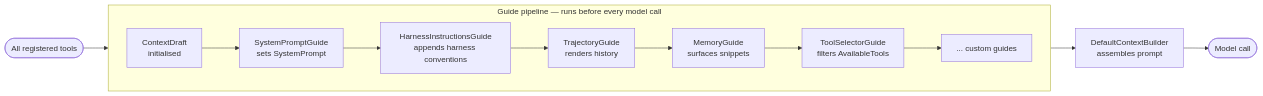
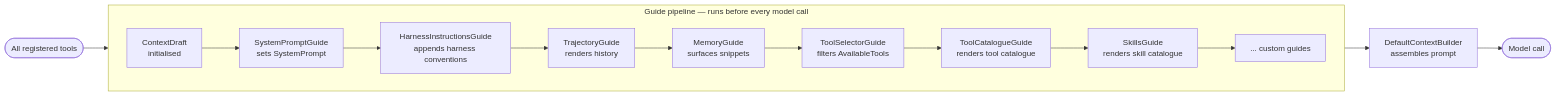
One commit to AnilKerai/model-harness changed the first of 4 diagrams in README.md. Above: the diagram before and after it, drawn with Mermaid. The commit also changed other lines of this file, not shown here.

First line of the commit message:
docs(readme): document the skills system and its rationale

````diff
--- a/README.md
+++ b/README.md
@@ -106,17 +108,19 @@
 ```mermaid
 flowchart LR
     A([All registered tools]) --> D
 
     subgraph "Guide pipeline — runs before every model call"
         direction LR
         D[ContextDraft\ninitialised] --> G1[SystemPromptGuide\nsets SystemPrompt]
         G1 --> G2[HarnessInstructionsGuide\nappends harness conventions]
         G2 --> G3[TrajectoryGuide\nrenders history]
         G3 --> G4[MemoryGuide\nsurfaces snippets]
         G4 --> G5[ToolSelectorGuide\nfilters AvailableTools]
-        G5 --> GN[... custom guides]
+        G5 --> G6[ToolCatalogueGuide\nrenders tool catalogue]
+        G6 --> G7[SkillsGuide\nrenders skill catalogue]
+        G7 --> GN[... custom guides]
     end
 
     GN --> CB[DefaultContextBuilder\nassembles prompt]
     CB --> M([Model call])
 ```
````
